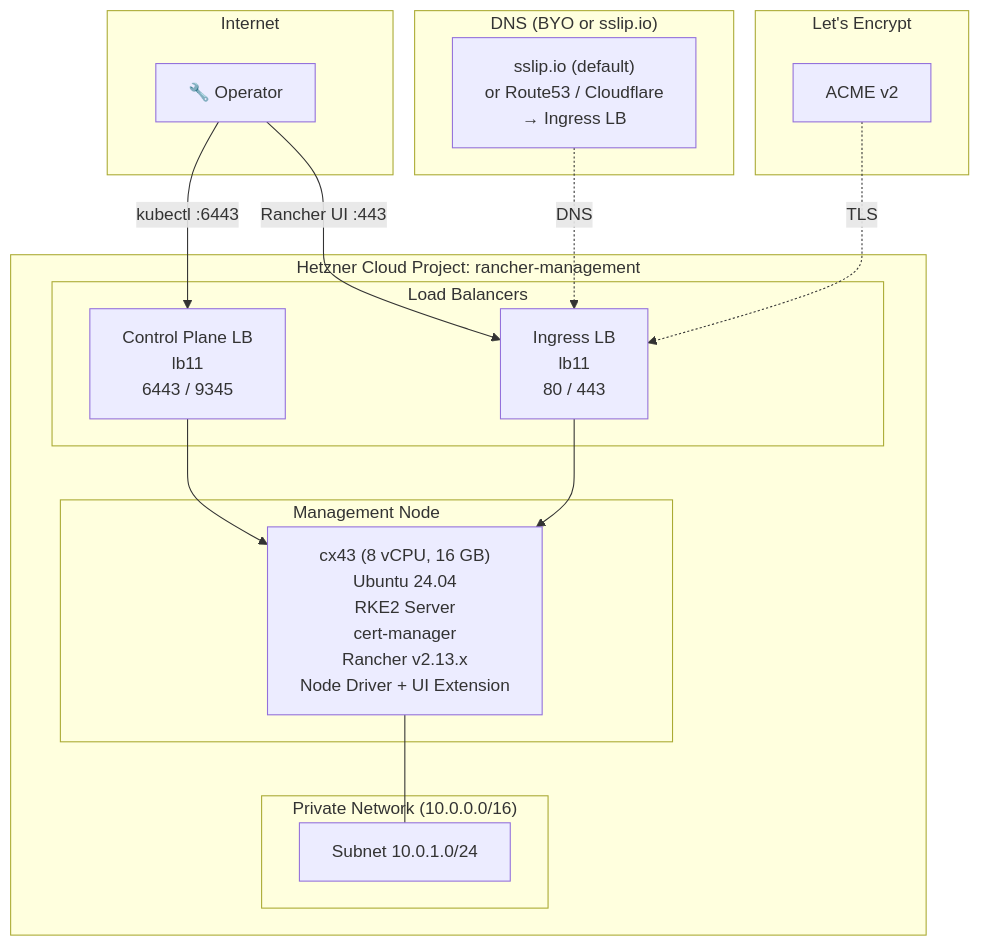
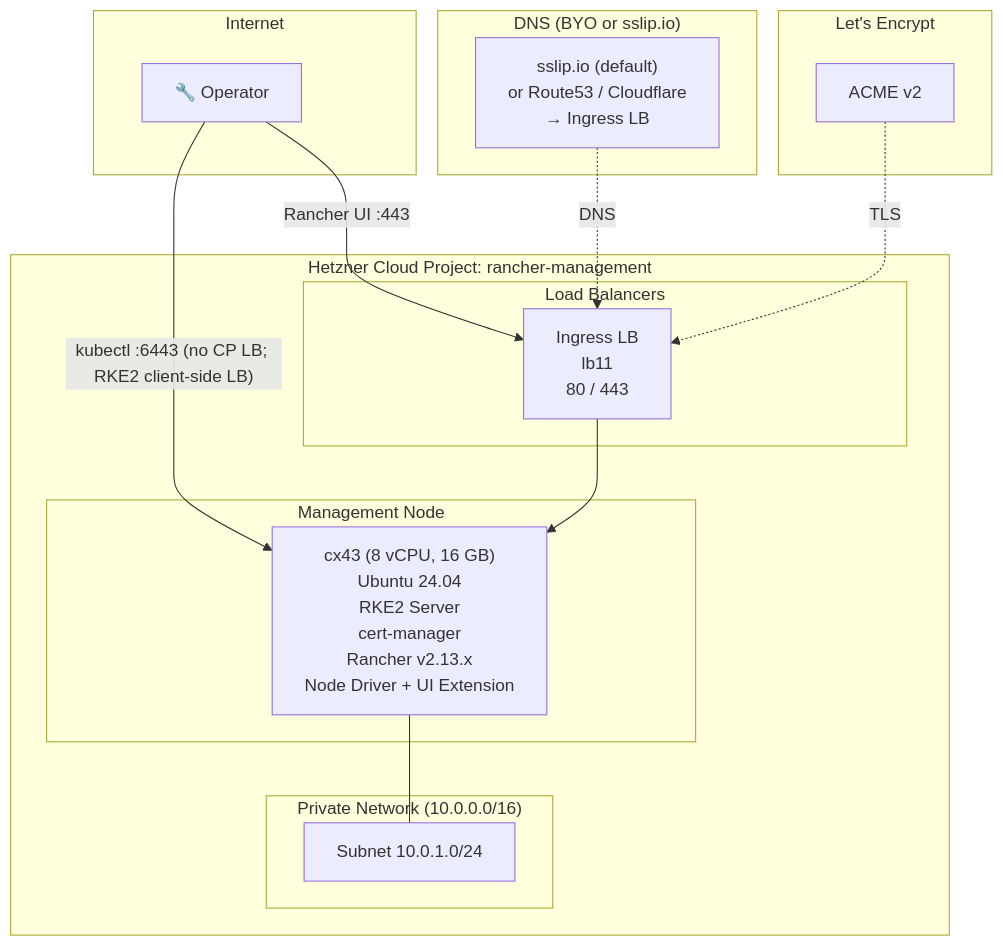
Before and after one commit to mbilan1/terraform-hcloud-rancher: the second of 6 diagrams in docs/ARCHITECTURE.md, drawn with Mermaid. The commit also changed other lines of this file and 1 other file, not shown here.

Commit message:
docs: correct control-plane LB claim (not created by rke2-core)
CLAUDE.md and docs/ARCHITECTURE.md claimed rke2-core creates a control-plane LB (6443/9345); it does not (verified live: only the ingress LB exists). RKE2 client-side load balancer handles control-plane registration failover; a CP LB is optional BYO.

````diff
--- a/docs/ARCHITECTURE.md
+++ b/docs/ARCHITECTURE.md
@@ -177,39 +177,37 @@
 ```mermaid
 flowchart TB
     subgraph internet["Internet"]
         operator["🔧 Operator"]
     end
 
     subgraph hetzner["Hetzner Cloud Project: rancher-management"]
         subgraph lb_layer["Load Balancers"]
-            cp_lb["Control Plane LB\nlb11\n6443 / 9345"]
             ingress_lb["Ingress LB\nlb11\n80 / 443"]
         end
 
         subgraph mgmt["Management Node"]
             node["cx43 (8 vCPU, 16 GB)\nUbuntu 24.04\nRKE2 Server\ncert-manager\nRancher v2.13.x\nNode Driver + UI Extension"]
         end
 
         subgraph network["Private Network (10.0.0.0/16)"]
             subnet["Subnet 10.0.1.0/24"]
         end
     end
 
     subgraph dns["DNS (BYO or sslip.io)"]
         resolver["sslip.io (default)\nor Route53 / Cloudflare\n→ Ingress LB"]
     end
 
     subgraph letsencrypt["Let's Encrypt"]
         acme["ACME v2"]
     end
 
     operator -->|"Rancher UI :443"| ingress_lb
-    operator -->|"kubectl :6443"| cp_lb
+    operator -->|"kubectl :6443 (no CP LB; RKE2 client-side LB)"| node
 
-    cp_lb --> node
     ingress_lb --> node
     node --- subnet
 
     resolver -.->|"DNS"| ingress_lb
     acme -.->|"TLS"| ingress_lb
 ```
````
